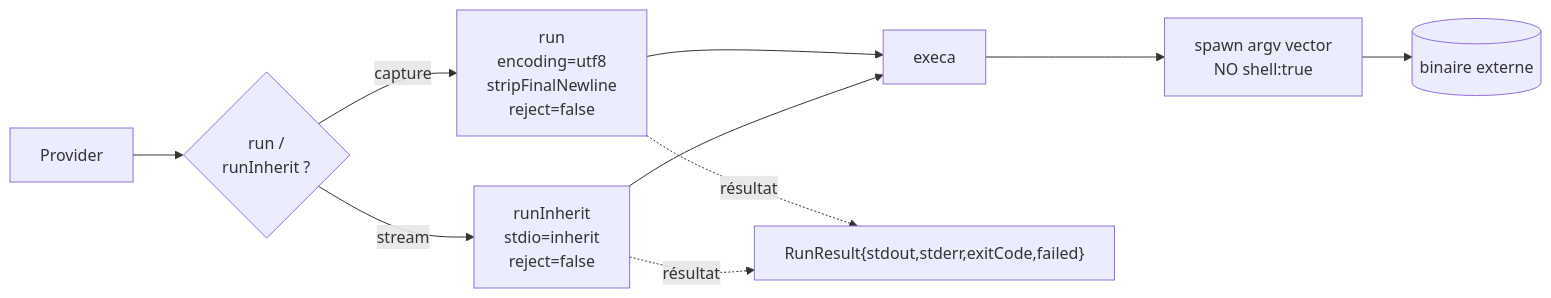
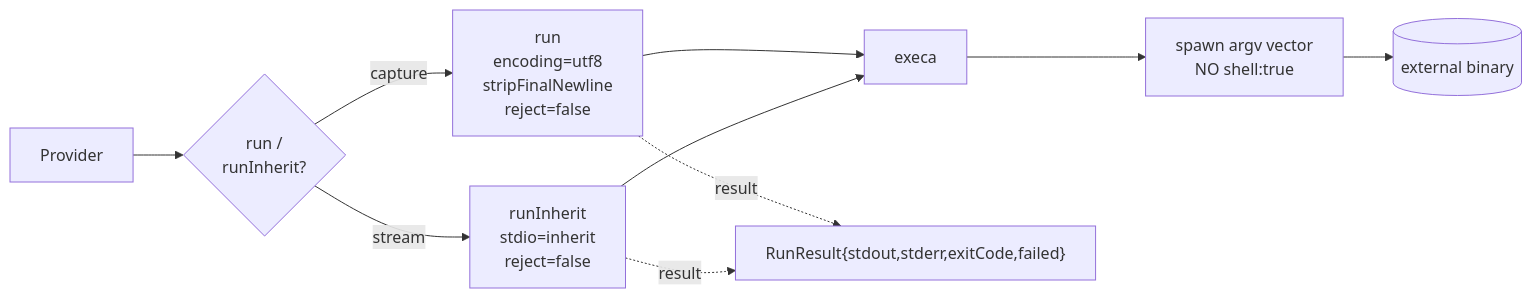
The eighth of 9 diagrams in docs/architecture.md (LINDECKER-Charles/gup), drawn with Mermaid before and after one commit. The commit also changed other lines of this file and 5 other files, not shown here.

````diff
--- a/docs/architecture.md
+++ b/docs/architecture.md
@@ -343,12 +343,12 @@
 ```mermaid
 flowchart LR
-    P[Provider] --> R{run /<br/>runInherit ?}
+    P[Provider] --> R{run /<br/>runInherit?}
     R -->|capture| Cap[run<br/>encoding=utf8<br/>stripFinalNewline<br/>reject=false]
     R -->|stream| Inh[runInherit<br/>stdio=inherit<br/>reject=false]
     Cap & Inh --> Execa[execa]
     Execa --> Spawn[spawn argv vector<br/>NO shell:true]
-    Spawn --> Bin[(binaire externe)]
+    Spawn --> Bin[(external binary)]
 
-    Cap -.résultat.-> Result["RunResult{stdout,stderr,exitCode,failed}"]
-    Inh -.résultat.-> Result
+    Cap -.result.-> Result["RunResult{stdout,stderr,exitCode,failed}"]
+    Inh -.result.-> Result
 ```
````
